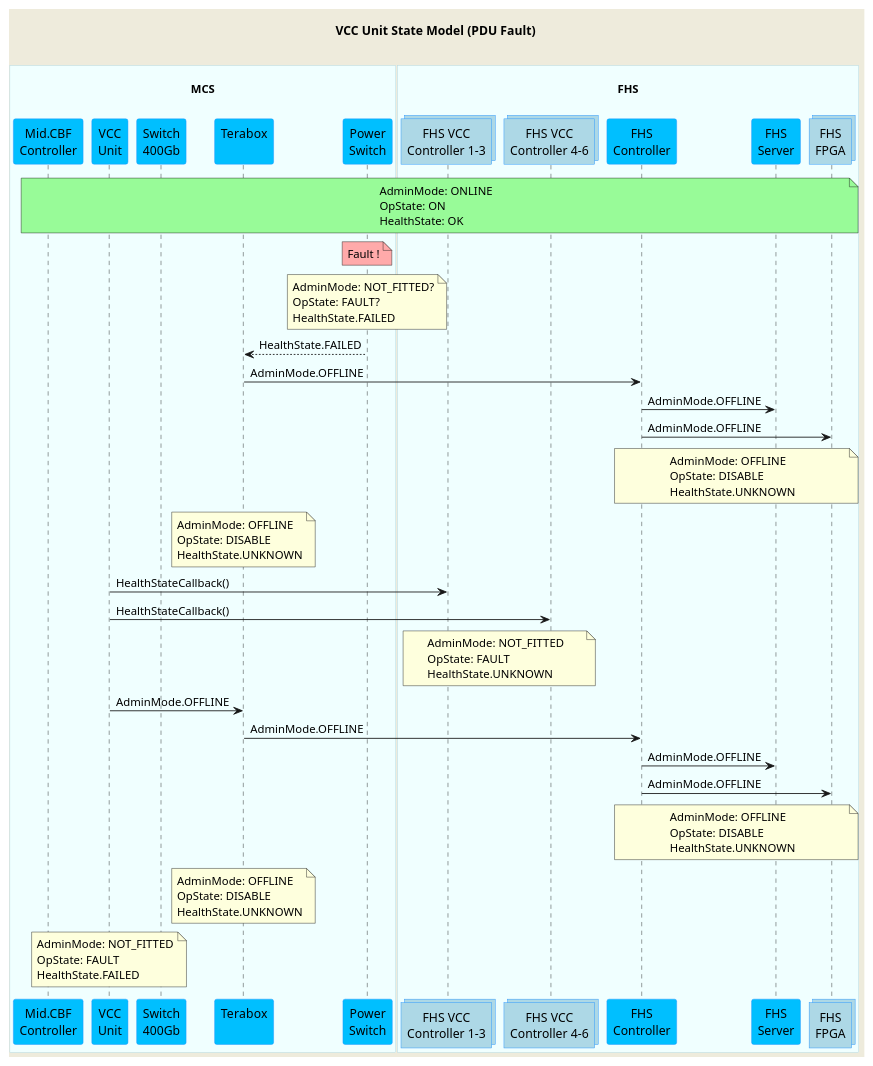
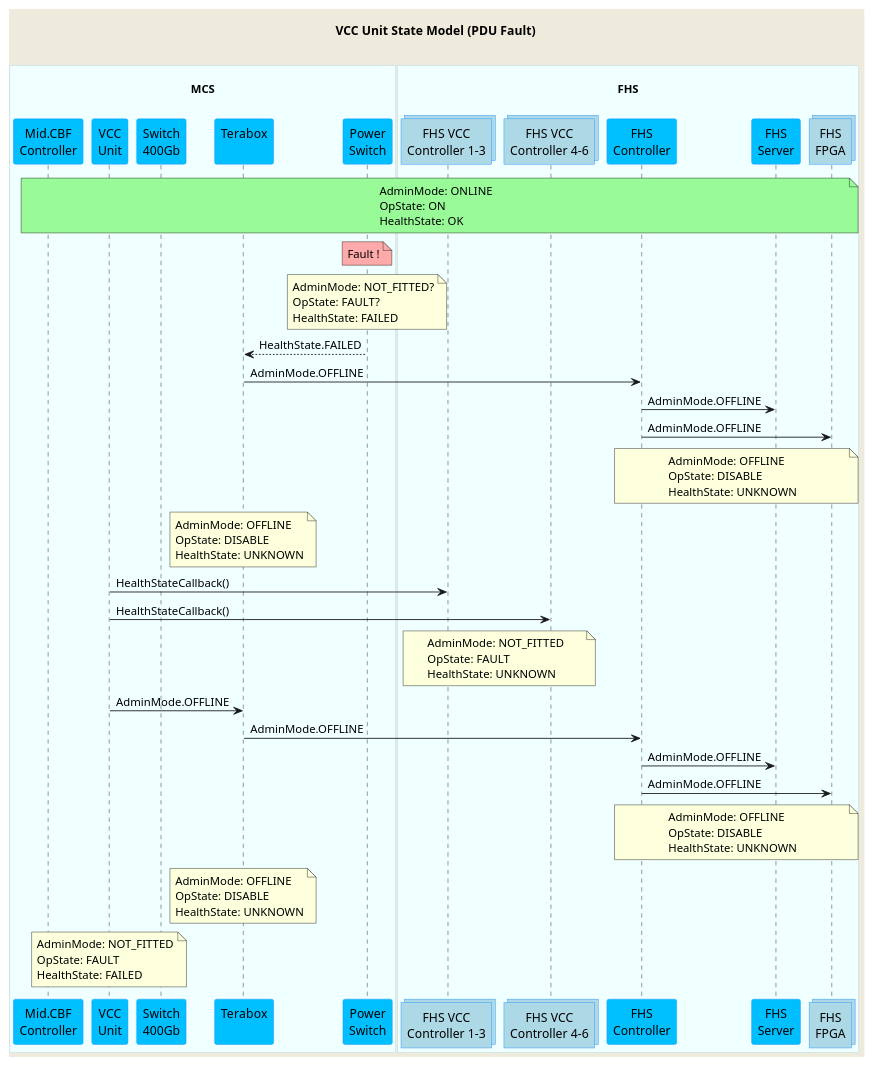
Before and after one commit to ska-telescope/mid-cbf-mcs: the diagram in docs/src/diagrams/FHS Design/vcc-unit-pdu-fault-state-model.puml, drawn with PlantUML. The commit also changed 5 other files, not shown here.

Commit message:
CIP-2720 sequence diagram updates

```diff
--- a/docs/src/diagrams/FHS Design/vcc-unit-pdu-fault-state-model.puml
+++ b/docs/src/diagrams/FHS Design/vcc-unit-pdu-fault-state-model.puml
@@ -1,73 +1,73 @@
 @startuml
 'https://plantuml.com/sequence-diagram
 skinparam backgroundColor #EEEBDC
 skinparam sequence {
 ParticipantBorderColor DodgerBlue
 ParticipantBackgroundColor DeepSkyBlue
 ActorBorderColor DarkGreen
 ActorBackgroundColor Green
 BoxBorderColor LightBlue
 BoxBackgroundColor #F0FFFF
 }
 skinparam collections {
   BackGroundColor LightBlue
   BorderColor DodgerBlue
 }
 skinparam database {
   BackgroundColor LightGreen
   BorderColor DarkGreen
 }
 title VCC Unit State Model (PDU Fault)\n
 ' participant "LMC\n" as lmc #Thistle
 box "\nMCS\n"
   participant "Mid.CBF\nController" as controller
   participant "VCC\nUnit" as vcc_unit
   participant "Switch\n400Gb" as switch
   participant "Terabox\n" as terabox
   participant "Power\nSwitch" as ps
 end box
 ' participant "Local\nCache" as cache #Salmon
 ' participant "PDU\n" as pdu #Orange
 ' participant "FHS\nBMC" as fhs_bmc #Grey
 ' participant "FPGA\nBMC" as fpga_bmc #Grey
 box "\nFHS\n"
     collections "FHS VCC\nController 1-3" as vcc_cont1
     collections "FHS VCC\nController 4-6" as vcc_cont2
 
     participant "FHS\nController" as fhs_cont
     participant "FHS\nServer" as fhs_cpu
     collections "FHS\nFPGA" as fhs_fpga
 end box
 
 note over controller, fhs_fpga #PaleGreen  : AdminMode: ONLINE\nOpState: ON\nHealthState: OK
 
 note over ps #FFAAAA         : Fault !
-note over ps                   : AdminMode: NOT_FITTED?\nOpState: FAULT?\nHealthState.FAILED
+note over ps                   : AdminMode: NOT_FITTED?\nOpState: FAULT?\nHealthState: FAILED
 
 terabox           <--  ps     : HealthState.FAILED
 terabox           ->  fhs_cont     : AdminMode.OFFLINE
 
 fhs_cont           ->  fhs_cpu     : AdminMode.OFFLINE
 fhs_cont           ->  fhs_fpga    : AdminMode.OFFLINE
-note over fhs_cont, fhs_fpga       : AdminMode: OFFLINE\nOpState: DISABLE\nHealthState.UNKNOWN
-note over terabox                 : AdminMode: OFFLINE\nOpState: DISABLE\nHealthState.UNKNOWN
+note over fhs_cont, fhs_fpga       : AdminMode: OFFLINE\nOpState: DISABLE\nHealthState: UNKNOWN
+note over terabox                 : AdminMode: OFFLINE\nOpState: DISABLE\nHealthState: UNKNOWN
 
 
 
 vcc_unit            ->  vcc_cont1  : HealthStateCallback()
 vcc_unit            ->  vcc_cont2  : HealthStateCallback()
-note over vcc_cont1, vcc_cont2     : AdminMode: NOT_FITTED\nOpState: FAULT\nHealthState.UNKNOWN
+note over vcc_cont1, vcc_cont2     : AdminMode: NOT_FITTED\nOpState: FAULT\nHealthState: UNKNOWN
 
 vcc_unit           ->  terabox    : AdminMode.OFFLINE
 ' terabox            ->   ps        : AdminMode.OFFLINE
 ' note over ps                      : AdminMode: OFFLINE\nOpState: DISABLE\nHealthState.UNKNOWN
 terabox            ->  fhs_cont   : AdminMode.OFFLINE
 
 fhs_cont           ->  fhs_cpu     : AdminMode.OFFLINE
 fhs_cont           ->  fhs_fpga    : AdminMode.OFFLINE
-note over fhs_cont, fhs_fpga       : AdminMode: OFFLINE\nOpState: DISABLE\nHealthState.UNKNOWN
-note over terabox                 : AdminMode: OFFLINE\nOpState: DISABLE\nHealthState.UNKNOWN
-note over vcc_unit               : AdminMode: NOT_FITTED\nOpState: FAULT\nHealthState.FAILED
+note over fhs_cont, fhs_fpga       : AdminMode: OFFLINE\nOpState: DISABLE\nHealthState: UNKNOWN
+note over terabox                 : AdminMode: OFFLINE\nOpState: DISABLE\nHealthState: UNKNOWN
+note over vcc_unit               : AdminMode: NOT_FITTED\nOpState: FAULT\nHealthState: FAILED
 
 
 @enduml
```
